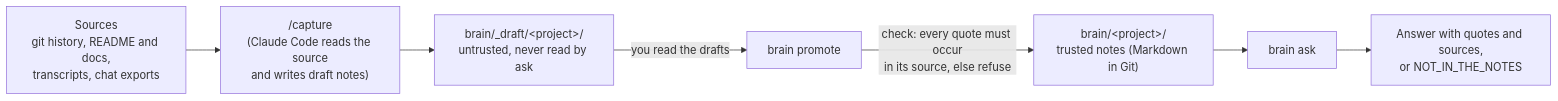
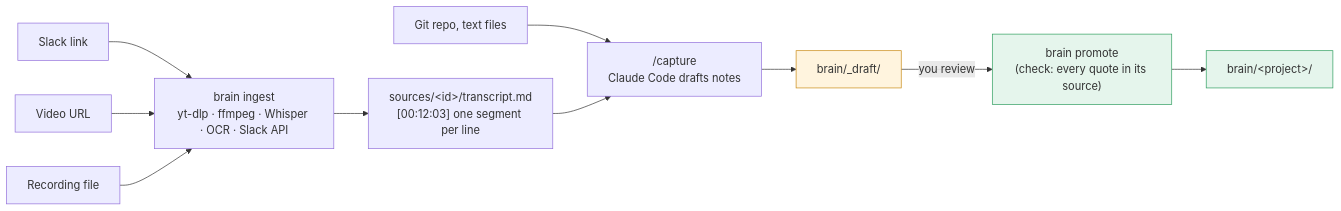
One commit to hhovhann/second-brain changed the second of 2 diagrams in docs/ARCHITECTURE.md. Above: the diagram before and after it, drawn with Mermaid. The commit also changed other lines of this file and 18 other files, not shown here.

First line of the commit message:
Add ingest (Slack links, video URLs, recordings), clearer README and architecture

````diff
--- a/docs/ARCHITECTURE.md
+++ b/docs/ARCHITECTURE.md
@@ -9,9 +38,15 @@
 ```mermaid
 flowchart LR
-    S["Sources<br/>git history, README and docs,<br/>transcripts, chat exports"] --> C["/capture<br/>(Claude Code reads the source<br/>and writes draft notes)"]
-    C --> D["brain/_draft/&lt;project&gt;/<br/>untrusted, never read by ask"]
-    D -->|"you read the drafts"| P["brain promote"]
-    P -->|"check: every quote must occur<br/>in its source, else refuse"| N["brain/&lt;project&gt;/<br/>trusted notes (Markdown in Git)"]
-    N --> A["brain ask"]
-    A --> R["Answer with quotes and sources,<br/>or NOT_IN_THE_NOTES"]
+    A["Slack link"] --> I
+    B["Video URL"] --> I
+    C["Recording file"] --> I
+    I["brain ingest<br/>yt-dlp · ffmpeg · Whisper · OCR · Slack API"] --> T["sources/&lt;id&gt;/transcript.md<br/>[00:12:03] one segment per line"]
+    G["Git repo, text files"] --> K
+    T --> K["/capture<br/>Claude Code drafts notes"]
+    K --> D["brain/_draft/"]
+    D -->|"you review"| P["brain promote<br/>(check: every quote in its source)"]
+    P --> N["brain/&lt;project&gt;/"]
+    style D fill:#fff4de,stroke:#c98a14
+    style N fill:#e5f5ec,stroke:#2f9e5f
+    style P fill:#e5f5ec,stroke:#2f9e5f
 ```
````
